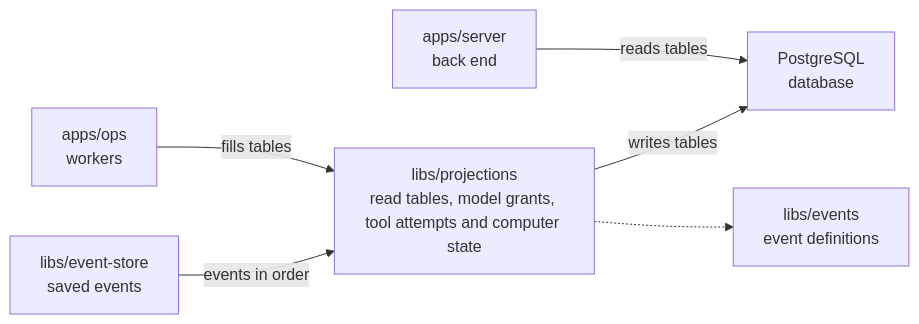
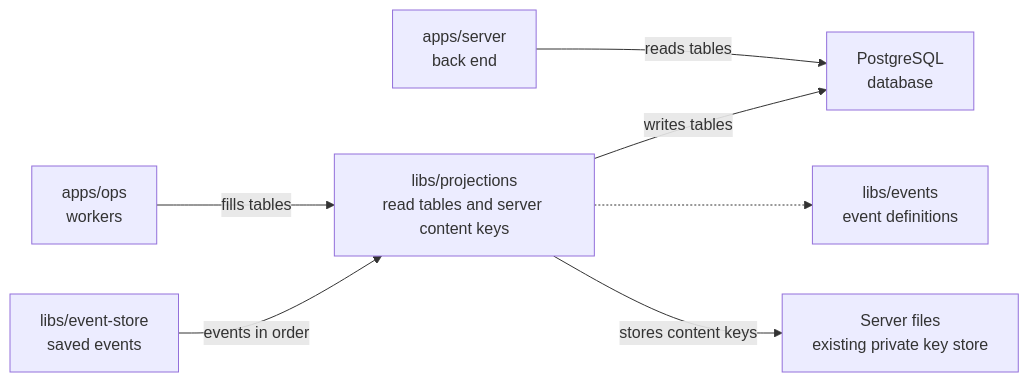
One commit to elewa-git/opencrane-new changed the diagram in libs/projections/README.md. Above: the diagram before and after it, drawn with Mermaid. The commit also changed other lines of this file and 19 other files, not shown here.

````diff
--- a/libs/projections/README.md
+++ b/libs/projections/README.md
@@ -23,8 +23,9 @@
 ```mermaid
 flowchart LR
-  ops["apps/ops<br/>workers"] -->|fills tables| projections["libs/projections<br/>read tables, model grants, tool attempts and computer state"]
+  ops["apps/ops<br/>workers"] -->|fills tables| projections["libs/projections<br/>read tables and server content keys"]
   server["apps/server<br/>back end"] -->|reads tables| pg["PostgreSQL<br/>database"]
   projections -->|writes tables| pg
   store["libs/event-store<br/>saved events"] -->|events in order| projections
   projections -.-> events["libs/events<br/>event definitions"]
+  projections -->|stores content keys| keys["Server files<br/>existing private key store"]
 ```
````
